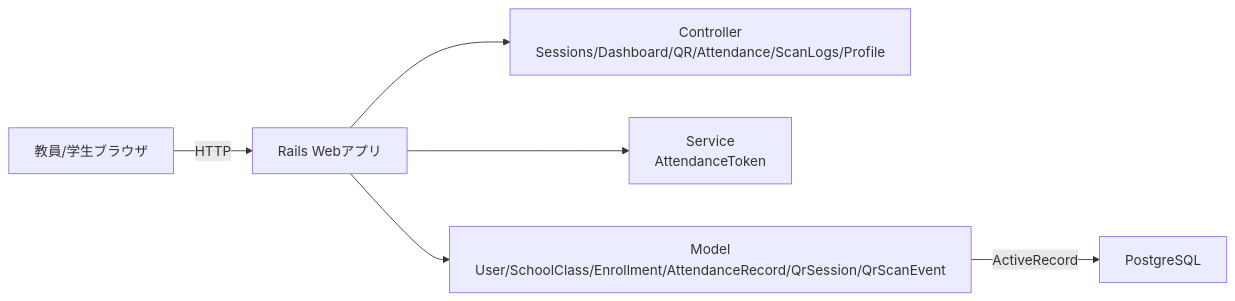
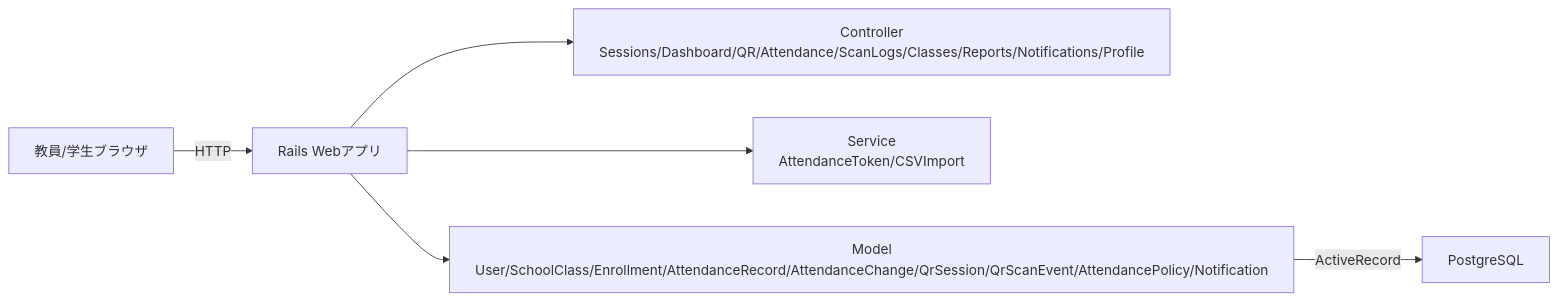
One commit to syusyusyusyu/Attendance changed the third of 7 diagrams in 仕様書.md. Above: the diagram before and after it, drawn with Mermaid. The commit also changed other lines of this file and 53 other files, not shown here.

````diff
--- a/仕様書.md
+++ b/仕様書.md
@@ -111,8 +149,8 @@
 ```mermaid
 flowchart LR
   U[教員/学生ブラウザ] -->|HTTP| W[Rails Webアプリ]
-  W --> C[Controller<br/>Sessions/Dashboard/QR/Attendance/ScanLogs/Profile]
-  W --> S[Service<br/>AttendanceToken]
-  W --> M[Model<br/>User/SchoolClass/Enrollment/AttendanceRecord/QrSession/QrScanEvent]
+  W --> C[Controller<br/>Sessions/Dashboard/QR/Attendance/ScanLogs/Classes/Reports/Notifications/Profile]
+  W --> S[Service<br/>AttendanceToken/CSVImport]
+  W --> M[Model<br/>User/SchoolClass/Enrollment/AttendanceRecord/AttendanceChange/QrSession/QrScanEvent/AttendancePolicy/Notification]
   M -->|ActiveRecord| DB[PostgreSQL]
 ```
````
